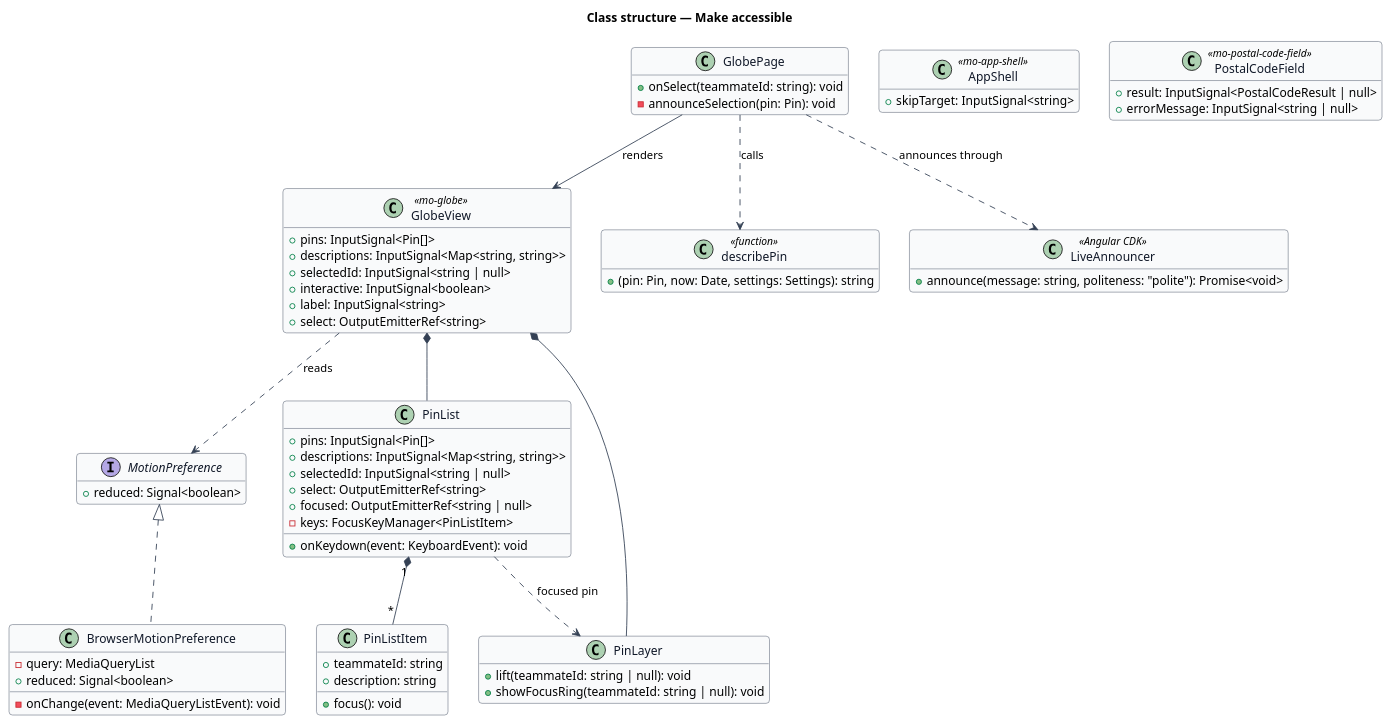
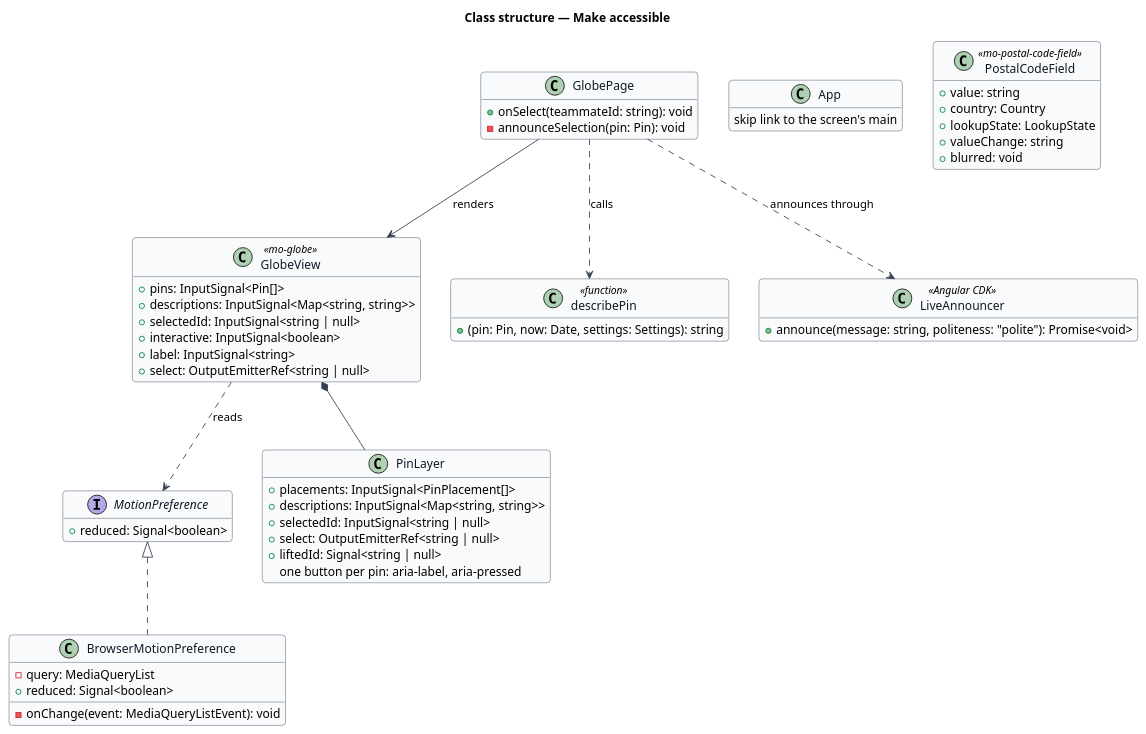
One commit to QuinntyneBrown/Mondino changed the diagram in docs/detailed-designs/platform/make-accessible/diagrams/class-structure.puml. Above: the diagram before and after it, drawn with PlantUML. The commit also changed 100 other files, not shown here.

```diff
--- a/docs/detailed-designs/platform/make-accessible/diagrams/class-structure.puml
+++ b/docs/detailed-designs/platform/make-accessible/diagrams/class-structure.puml
@@ -1,86 +1,74 @@
 @startuml
 skinparam backgroundColor #FFFFFF
 skinparam shadowing false
 skinparam roundcorner 8
 skinparam defaultFontName Arial
 skinparam ArrowColor #344054
 skinparam class {
   BorderColor #344054
   FontColor #101828
   BackgroundColor #F9FAFB
 }
 hide empty members
 title Class structure — Make accessible
 
 interface MotionPreference {
   +reduced: Signal<boolean>
 }
 
 class BrowserMotionPreference {
   -query: MediaQueryList
   +reduced: Signal<boolean>
   -onChange(event: MediaQueryListEvent): void
 }
 
 class GlobeView <<mo-globe>> {
   +pins: InputSignal<Pin[]>
   +descriptions: InputSignal<Map<string, string>>
   +selectedId: InputSignal<string | null>
   +interactive: InputSignal<boolean>
   +label: InputSignal<string>
-  +select: OutputEmitterRef<string>
-}
-
-class PinList {
-  +pins: InputSignal<Pin[]>
-  +descriptions: InputSignal<Map<string, string>>
-  +selectedId: InputSignal<string | null>
-  +select: OutputEmitterRef<string>
-  +focused: OutputEmitterRef<string | null>
-  -keys: FocusKeyManager<PinListItem>
-  +onKeydown(event: KeyboardEvent): void
-}
-
-class PinListItem {
-  +teammateId: string
-  +description: string
-  +focus(): void
+  +select: OutputEmitterRef<string | null>
 }
 
 class PinLayer {
-  +lift(teammateId: string | null): void
-  +showFocusRing(teammateId: string | null): void
+  +placements: InputSignal<PinPlacement[]>
+  +descriptions: InputSignal<Map<string, string>>
+  +selectedId: InputSignal<string | null>
+  +select: OutputEmitterRef<string | null>
+  +liftedId: Signal<string | null>
+  one button per pin: aria-label, aria-pressed
 }
 
 class describePin <<function>> {
   +(pin: Pin, now: Date, settings: Settings): string
 }
 
 class GlobePage {
   +onSelect(teammateId: string): void
   -announceSelection(pin: Pin): void
 }
 
 class LiveAnnouncer <<Angular CDK>> {
   +announce(message: string, politeness: "polite"): Promise<void>
 }
 
-class AppShell <<mo-app-shell>> {
-  +skipTarget: InputSignal<string>
+class App {
+  skip link to the screen's main
 }
 
 class PostalCodeField <<mo-postal-code-field>> {
-  +result: InputSignal<PostalCodeResult | null>
-  +errorMessage: InputSignal<string | null>
+  +value: string
+  +country: Country
+  +lookupState: LookupState
+  +valueChange: string
+  +blurred: void
 }
 
 MotionPreference <|.. BrowserMotionPreference
-GlobeView *-- PinList
 GlobeView *-- PinLayer
 GlobeView ..> MotionPreference : reads
-PinList "1" *-- "*" PinListItem
-PinList ..> PinLayer : focused pin
 GlobePage --> GlobeView : renders
 GlobePage ..> describePin : calls
 GlobePage ..> LiveAnnouncer : announces through
 @enduml
```
